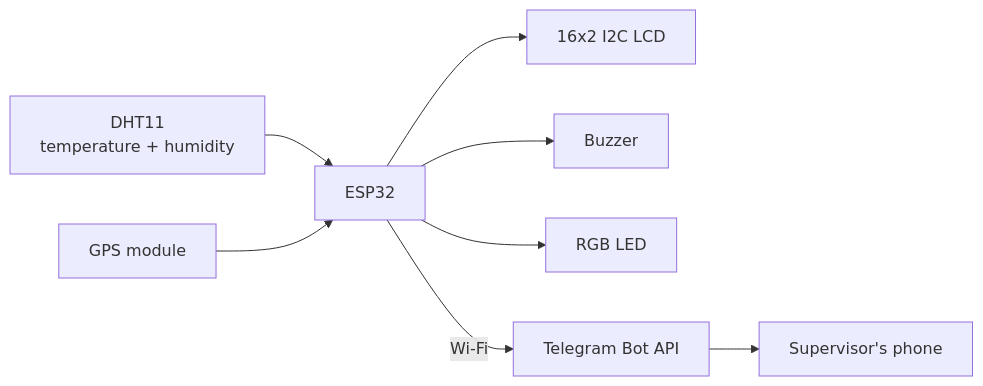
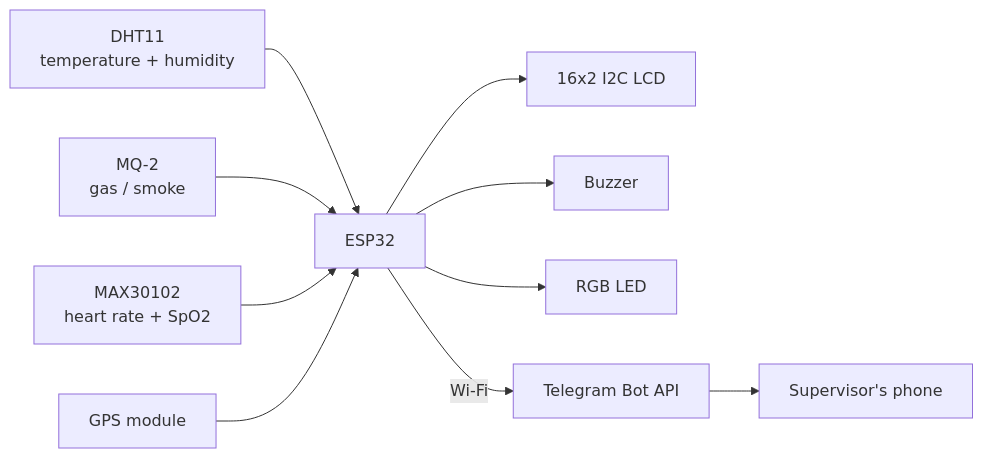
One commit to navinkarthik-R/LOCO-HAZARD-DETECTION-HELMET changed the diagram in README.md. Above: the diagram before and after it, drawn with Mermaid. The commit also changed other lines of this file and 10 other files, not shown here.

````diff
--- a/README.md
+++ b/README.md
@@ -18,9 +32,11 @@
 ```mermaid
 flowchart LR
   DHT["DHT11<br/>temperature + humidity"] --> ESP["ESP32"]
+  MQ["MQ-2<br/>gas / smoke"] --> ESP
+  MAX["MAX30102<br/>heart rate + SpO2"] --> ESP
   GPS["GPS module"] --> ESP
   ESP --> LCD["16x2 I2C LCD"]
   ESP --> BZ["Buzzer"]
   ESP --> LED["RGB LED"]
   ESP -- "Wi-Fi" --> TG["Telegram Bot API"] --> PH["Supervisor's phone"]
 ```
````
